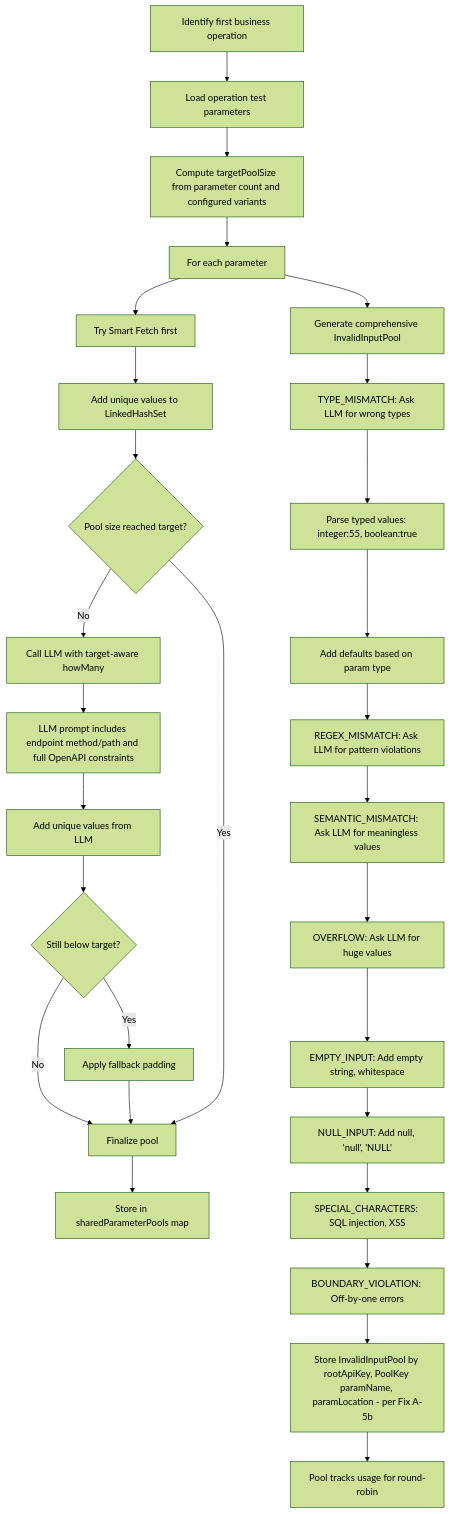
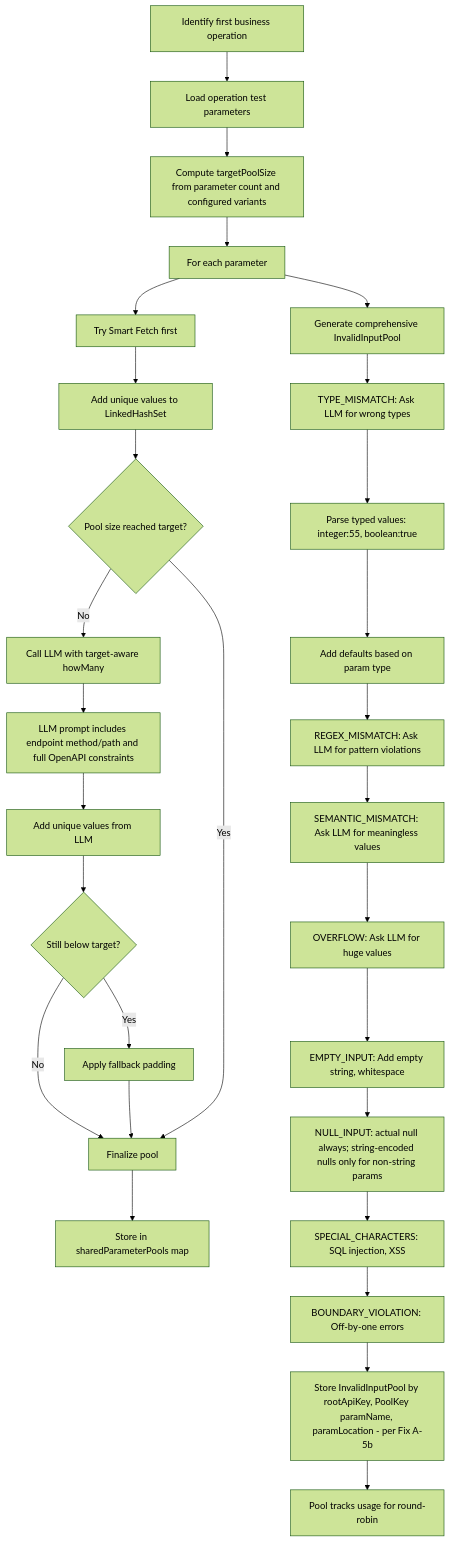
Before and after one commit to miaoti/Rest: the tenth of 30 diagrams in mist-cli/src/main/resources/My-Example/trainticket/flow.md, drawn with Mermaid (forest theme). The commit also changed other lines of this file and 15 other files, not shown here.

````diff
--- a/mist-cli/src/main/resources/My-Example/trainticket/flow.md
+++ b/mist-cli/src/main/resources/My-Example/trainticket/flow.md
@@ -533,32 +542,32 @@
 ```mermaid
 flowchart TD
     A[Identify first business operation] --> B[Load operation test parameters]
     B --> B1[Compute targetPoolSize from parameter count and configured variants]
     B1 --> C[For each parameter]
     C --> D[Try Smart Fetch first]
     D --> E[Add unique values to LinkedHashSet]
     E --> F{Pool size reached target?}
     F -->|No| G[Call LLM with target-aware howMany]
     G --> H[LLM prompt includes endpoint method/path and full OpenAPI constraints]
     H --> I[Add unique values from LLM]
     I --> J{Still below target?}
     J -->|Yes| K[Apply fallback padding]
     J -->|No| L[Finalize pool]
     K --> L
     F -->|Yes| L
     L --> G1[Store in sharedParameterPools map]
     
     C --> N0[Generate comprehensive InvalidInputPool]
     N0 --> N1[TYPE_MISMATCH: Ask LLM for wrong types]
     N1 --> N2[Parse typed values: integer:55, boolean:true]
     N2 --> N3[Add defaults based on param type]
     N3 --> N4[REGEX_MISMATCH: Ask LLM for pattern violations]
     N4 --> N5[SEMANTIC_MISMATCH: Ask LLM for meaningless values]
     N5 --> N6[OVERFLOW: Ask LLM for huge values]
     N6 --> N7[EMPTY_INPUT: Add empty string, whitespace]
-    N7 --> N8[NULL_INPUT: Add null, 'null', 'NULL']
+    N7 --> N8[NULL_INPUT: actual null always; string-encoded nulls only for non-string params]
     N8 --> N9[SPECIAL_CHARACTERS: SQL injection, XSS]
     N9 --> N10[BOUNDARY_VIOLATION: Off-by-one errors]
     N10 --> N11[Store InvalidInputPool by rootApiKey, PoolKey paramName, paramLocation - per Fix A-5b]
     N11 --> N12[Pool tracks usage for round-robin]
 ```
````
